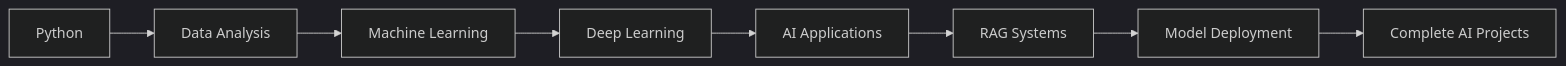
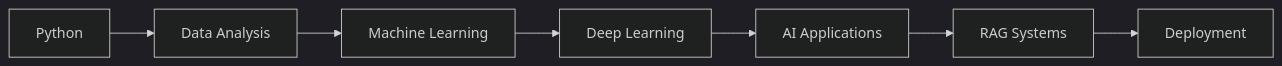
The first of 2 diagrams in README.md (Shubham-Ut/Shubham-Ut), drawn with Mermaid (dark theme) before and after one commit. The commit also changed other lines of this file, not shown here.

````diff
--- a/README.md
+++ b/README.md
@@ -470,10 +166,9 @@
 ```mermaid
 graph LR
 A[Python] --> B[Data Analysis]
 B --> C[Machine Learning]
 C --> D[Deep Learning]
 D --> E[AI Applications]
 E --> F[RAG Systems]
-F --> G[Model Deployment]
-G --> H[Complete AI Projects]
+F --> G[Deployment]
 ```
````
